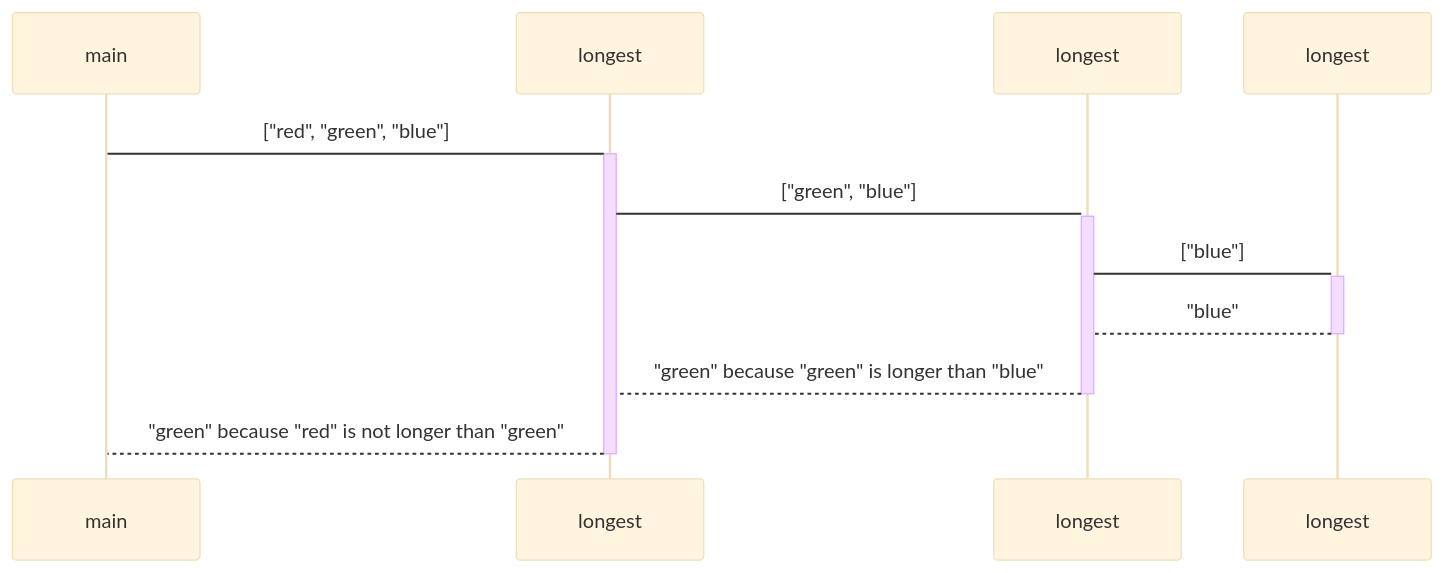
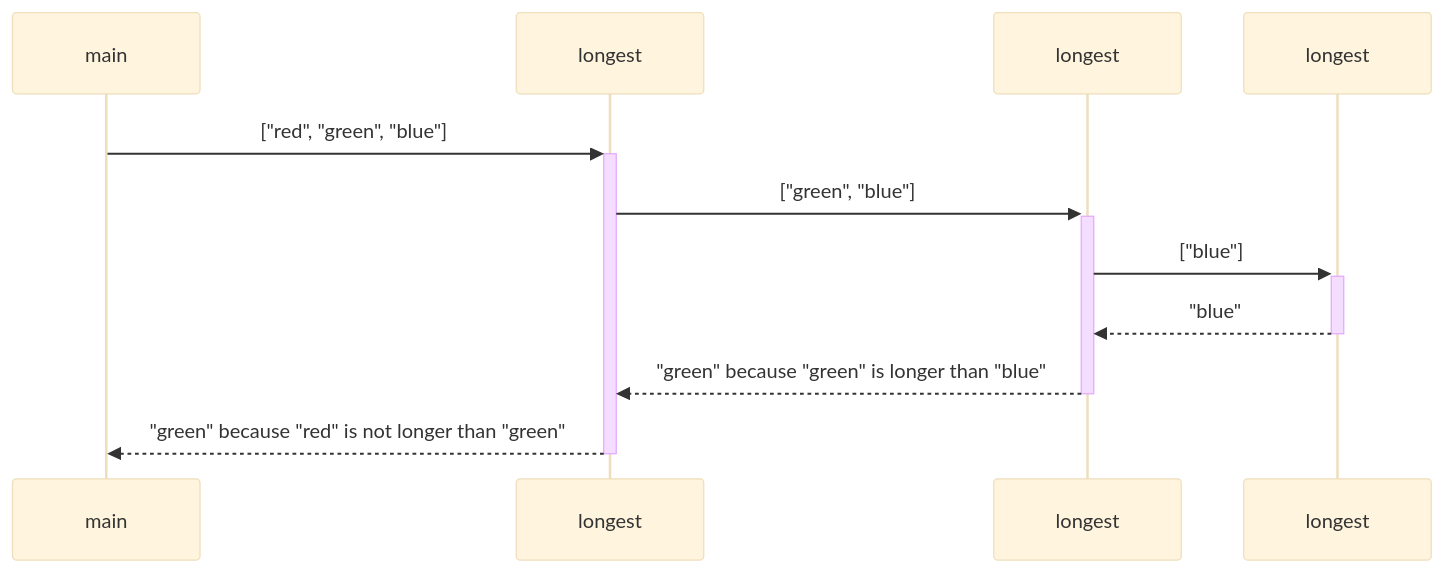
Before and after one commit to nbeney/codebar-recursion: the fifth of 5 diagrams in README.md, drawn with Mermaid (base theme). The commit also changed other lines of this file, not shown here.

````diff
--- a/README.md
+++ b/README.md
@@ -228,14 +228,14 @@
 ```mermaid
 sequenceDiagram
     participant main
     participant longest1 as longest
     participant longest2 as longest
     participant longest3 as longest
 
-    main->+longest1: ["red", "green", "blue"]
-    longest1->+longest2: ["green", "blue"]
-    longest2->+longest3: ["blue"]
-    longest3-->-longest2: "blue"
-    longest2-->-longest1: "green" because "green" is longer than "blue"
-    longest1-->-main: "green" because "red" is not longer than "green"
+    main->>+longest1: ["red", "green", "blue"]
+    longest1->>+longest2: ["green", "blue"]
+    longest2->>+longest3: ["blue"]
+    longest3-->>-longest2: "blue"
+    longest2-->>-longest1: "green" because "green" is longer than "blue"
+    longest1-->>-main: "green" because "red" is not longer than "green"
 ```
````
